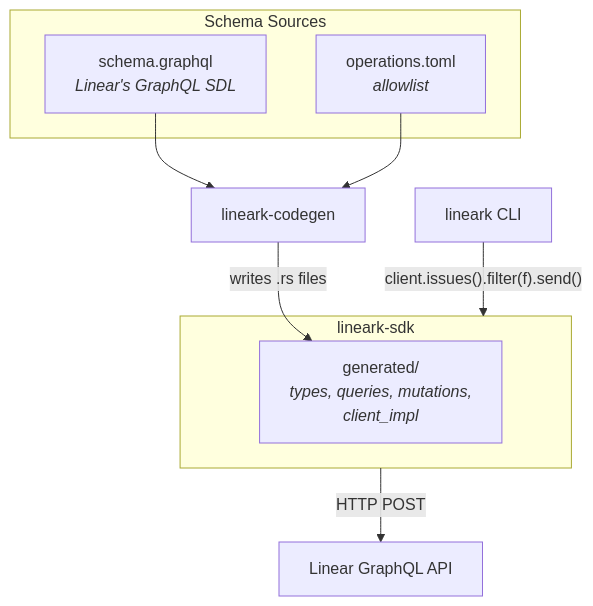
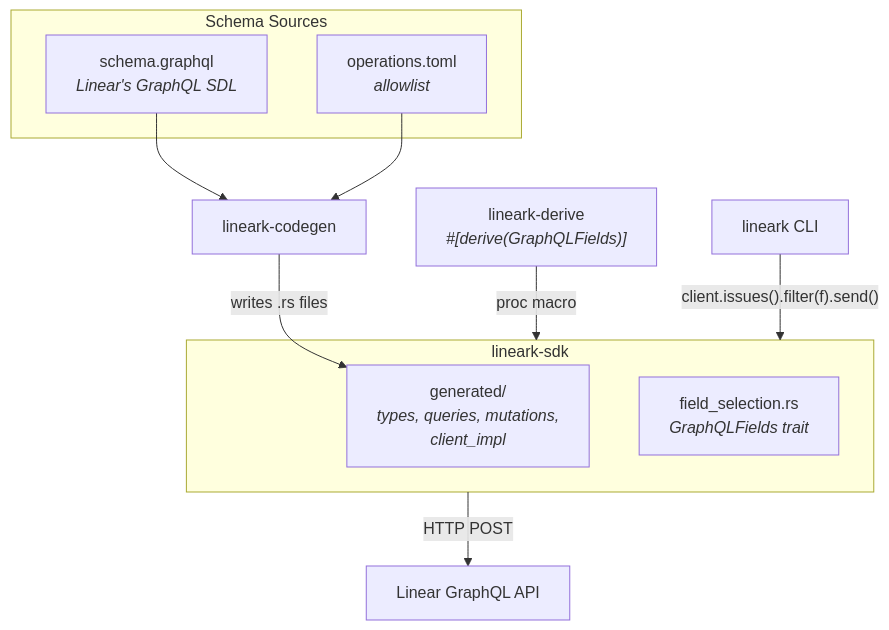
The first of 4 diagrams in README.md (flipbit03/lineark), drawn with Mermaid before and after one commit. The commit also changed other lines of this file and 39 other files, not shown here.

````diff
--- a/README.md
+++ b/README.md
@@ -138,22 +140,26 @@
 ```mermaid
 graph TD
     subgraph "Schema Sources"
         Schema["schema.graphql<br/><i>Linear's GraphQL SDL</i>"]
         Ops["operations.toml<br/><i>allowlist</i>"]
     end
 
     Codegen["lineark-codegen"]
     Schema & Ops --> Codegen
 
+    Derive["lineark-derive<br/><i>#[derive(GraphQLFields)]</i>"]
+
     subgraph SDK["lineark-sdk"]
         Generated["generated/<br/><i>types, queries, mutations,<br/>client_impl</i>"]
+        FieldSel["field_selection.rs<br/><i>GraphQLFields trait</i>"]
     end
 
     Codegen -- "writes .rs files" --> Generated
+    Derive -- "proc macro" --> SDK
 
     CLI["lineark CLI"]
     CLI -- "client.issues().filter(f).send()" --> SDK
 
     API["Linear GraphQL API"]
     SDK -- "HTTP POST" --> API
 ```
````
